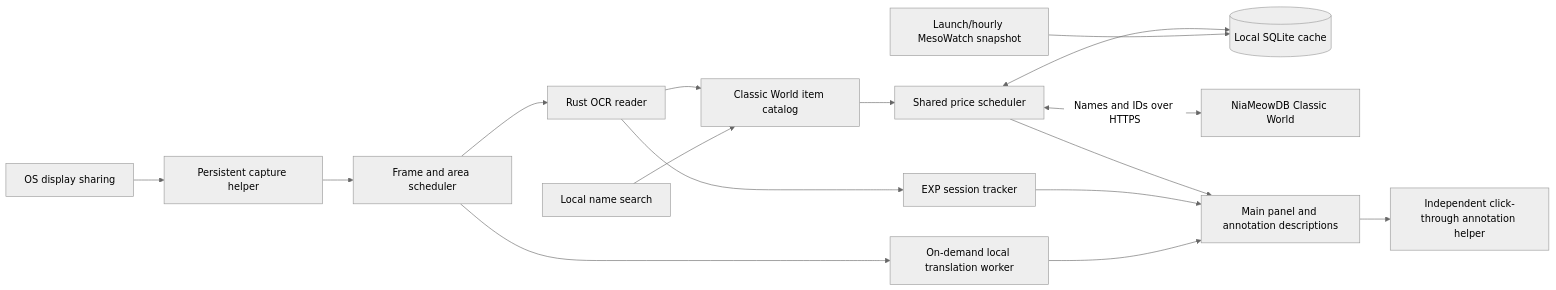
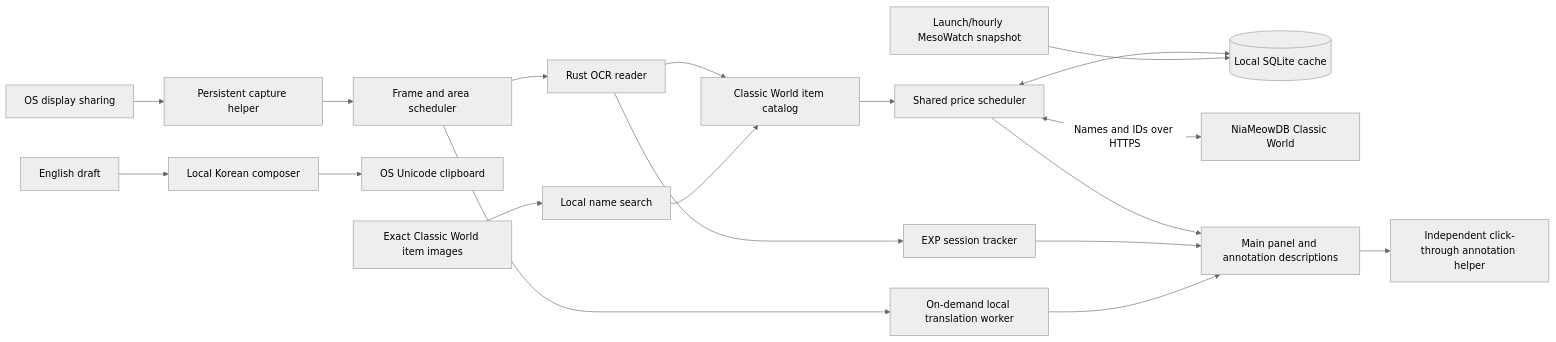
Before and after one commit to zhuffman68/classic-price-lens: the diagram in ARCHITECTURE.md, drawn with Mermaid (neutral theme). The commit also changed other lines of this file and 35 other files, not shown here.

Commit message:
Add local Korean reply composer and cached item search images

````diff
--- a/ARCHITECTURE.md
+++ b/ARCHITECTURE.md
@@ -13,18 +13,21 @@
 ```mermaid
 flowchart LR
     OS[OS display sharing] --> Stream[Persistent capture helper]
     Stream --> Capture[Frame and area scheduler]
     Capture --> Reader[Rust OCR reader]
     Reader --> Identity[Classic World item catalog]
     Search[Local name search] --> Identity
     Identity --> Prices[Shared price scheduler]
     Prices <--> Cache[(Local SQLite cache)]
     Prices <-->|Names and IDs over HTTPS| Provider[NiaMeowDB Classic World]
     Snapshot[Launch/hourly MesoWatch snapshot] --> Cache
     Reader --> EXP[EXP session tracker]
     Capture --> Chat[On-demand local translation worker]
     Prices --> UI[Main panel and annotation descriptions]
     EXP --> UI
     Chat --> UI
+    Draft[English draft] --> Composer[Local Korean composer]
+    Composer --> Clipboard[OS Unicode clipboard]
+    Images[Exact Classic World item images] --> Search
     UI --> Overlay[Independent click-through annotation helper]
 ```
````
